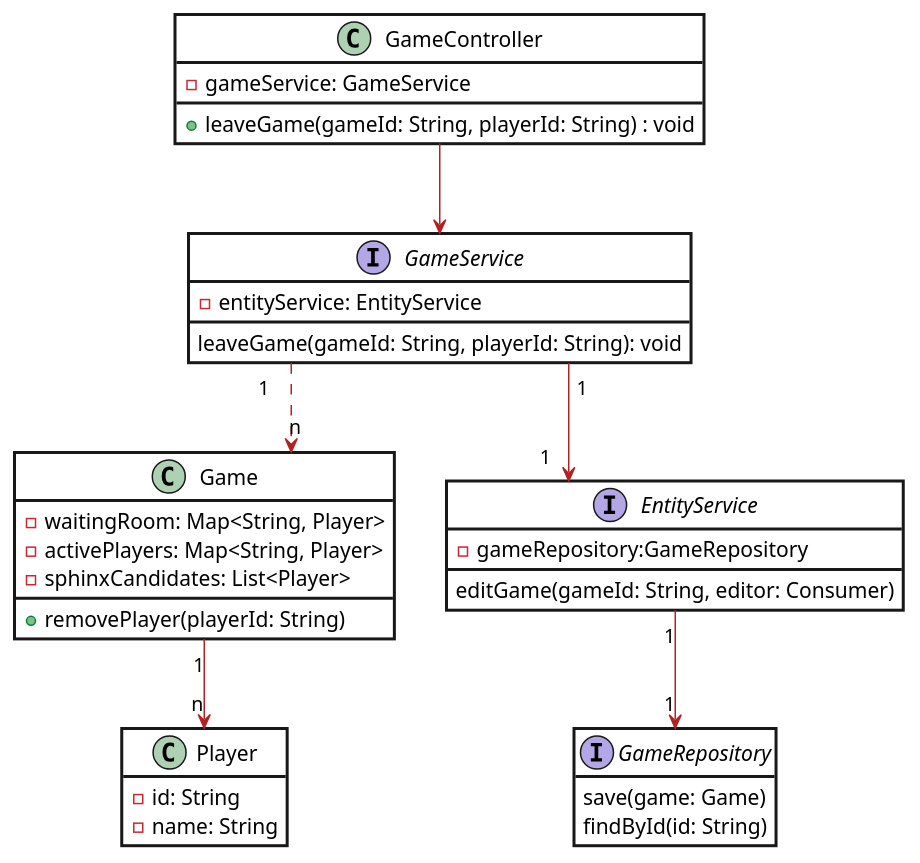
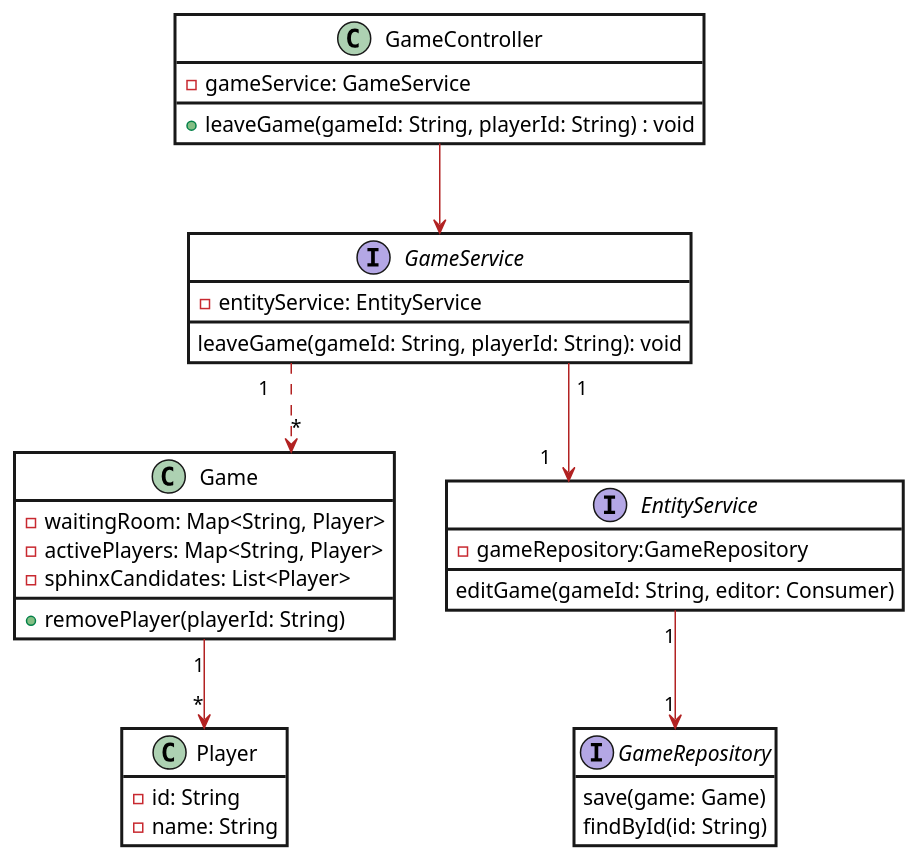
The diagram in docs/diagrams/DCD_leave_game.plantuml (patrickwinti/worldwidewalter), drawn with PlantUML before and after one commit. The commit also changed 7 other files, not shown here.

Commit message:
[WWW-59] fixes diagrams

```diff
--- a/docs/diagrams/DCD_leave_game.plantuml
+++ b/docs/diagrams/DCD_leave_game.plantuml
@@ -1,48 +1,48 @@
 @startuml
 skinparam class {
     BackgroundColor white
     ArrowColor Firebrick
     BorderThickness 2
 }
 skinparam Note{
     BorderColor #FFD966
     BackgroundColor #FFD966
 }
 skinparam roundcorner 0
 skinparam packagestyle Frame
 hide empty members
 'left to right direction
 skinparam linetype ortho
 class GameController {
    -gameService: GameService
    +leaveGame(gameId: String, playerId: String) : void
 }
 class Game {
    -waitingRoom: Map<String, Player>
    -activePlayers: Map<String, Player>
    -sphinxCandidates: List<Player>
    +removePlayer(playerId: String)
 }
 interface EntityService {
     -gameRepository:GameRepository
     editGame(gameId: String, editor: Consumer)
 }
 interface GameService{
     -entityService: EntityService
     leaveGame(gameId: String, playerId: String): void
 }
 interface GameRepository {
    save(game: Game)
    findById(id: String)
 }
 class Player {
     -id: String
     -name: String
 }
 
 GameController-->GameService
-GameService "1"..>"n" Game
+GameService "1"..>"*" Game
 GameService "1"-->"1" EntityService
 EntityService "1"-->"1" GameRepository
-Game "1"-->"n" Player
+Game "1"-->"*" Player
 @enduml
```
